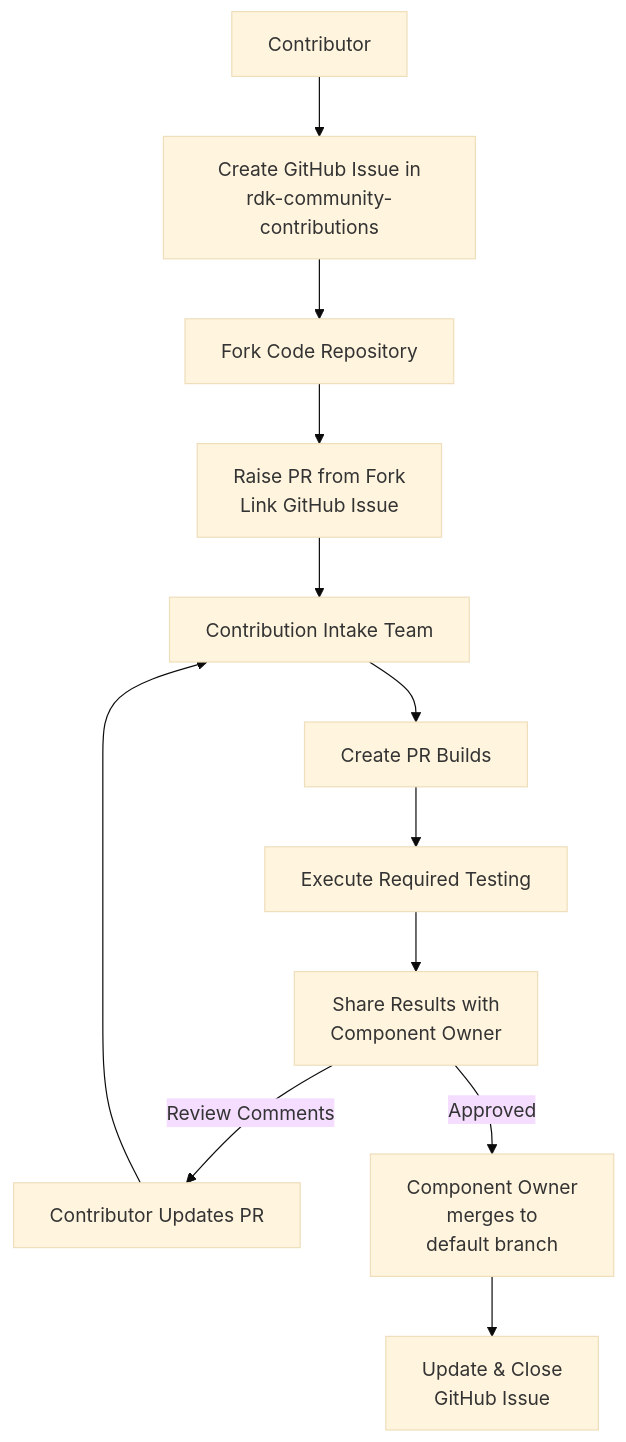
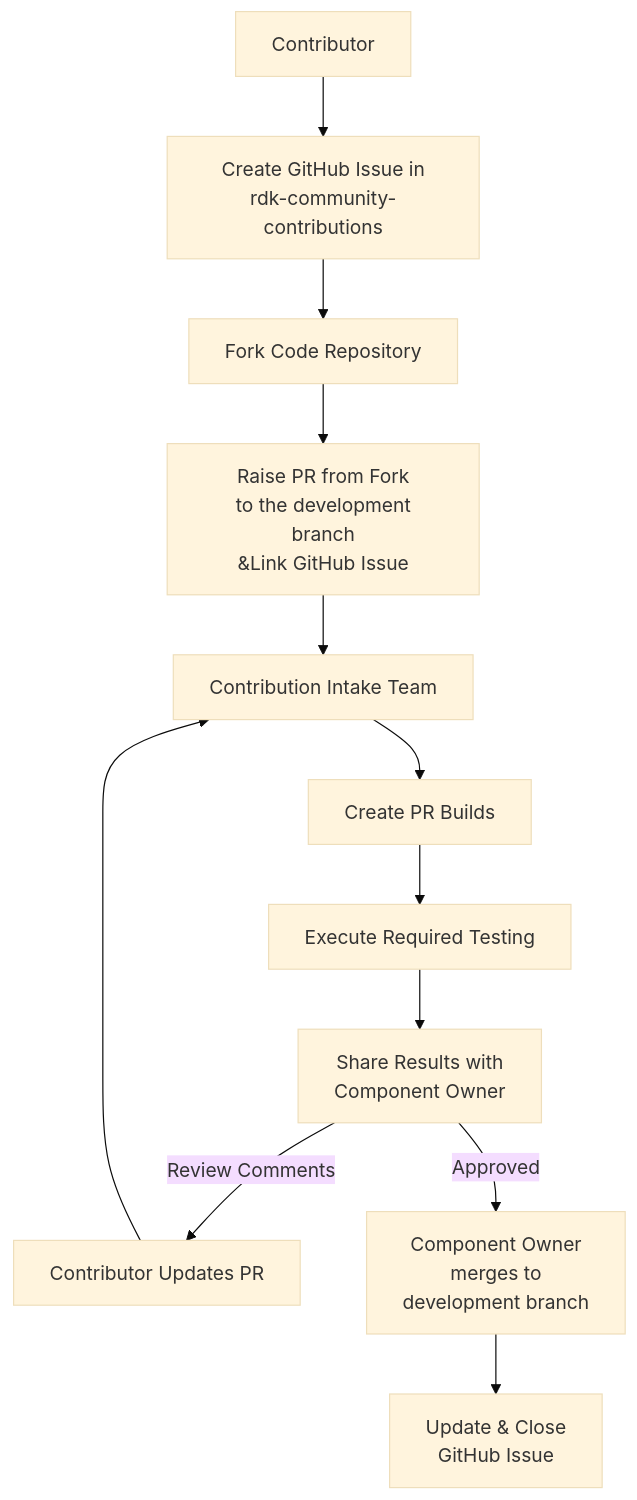
The first of 3 diagrams in docs/ContibutionProcess/Contributing.md (rdkcentral/docs), drawn with Mermaid (base theme) before and after one commit. The commit also changed other lines of this file, not shown here.

````diff
--- a/docs/ContibutionProcess/Contributing.md
+++ b/docs/ContibutionProcess/Contributing.md
@@ -184,23 +184,23 @@
 ```mermaid
 flowchart TD
     A[Contributor] --> B[Create GitHub Issue in<br/>rdk-community-contributions]
 
     B --> C[Fork Code Repository]
 
-    C --> D[Raise PR from Fork<br/>Link GitHub Issue]
+    C --> D[Raise PR from Fork<br/> to the development branch<br/>&Link GitHub Issue]
 
     D --> E[Contribution Intake Team]
 
     E --> F[Create PR Builds]
 
     F --> G[Execute Required Testing]
 
     G --> H[Share Results with<br/>Component Owner]
 
     H -->|Review Comments| I[Contributor Updates PR]
     I --> E
 
-    H -->|Approved| J[Component Owner<br/>merges to<br/>default branch]
+    H -->|Approved| J[Component Owner<br/>merges to<br/>development branch]
 
     J --> K[Update & Close<br/>GitHub Issue]
 ```
````
